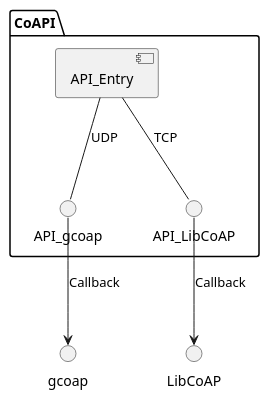
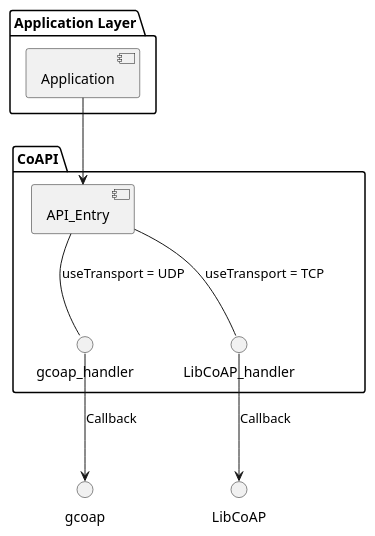
The diagram in Documentation/structure.plantuml (triess/CARO), drawn with PlantUML before and after one commit. The commit also changed 3 other files, not shown here.

```diff
--- a/Documentation/structure.plantuml
+++ b/Documentation/structure.plantuml
@@ -1,11 +1,16 @@
 @startuml
+package "Application Layer"{
+    [Application]
+}
 
 package "CoAPI"{
     [API_Entry]
-    API_gcoap -up- [API_Entry]:UDP
-    API_LibCoAP -up- [API_Entry]:TCP
+    gcoap_handler -up- [API_Entry]:useTransport = UDP
+    LibCoAP_handler -up- [API_Entry]:useTransport = TCP
 }
 
-API_LibCoAP -down-> LibCoAP: Callback
-API_gcoap -down-> gcoap: Callback
+LibCoAP_handler -down-> LibCoAP: Callback
+gcoap_handler -down-> gcoap: Callback
+
+Application -down-> API_Entry
 @enduml
```
